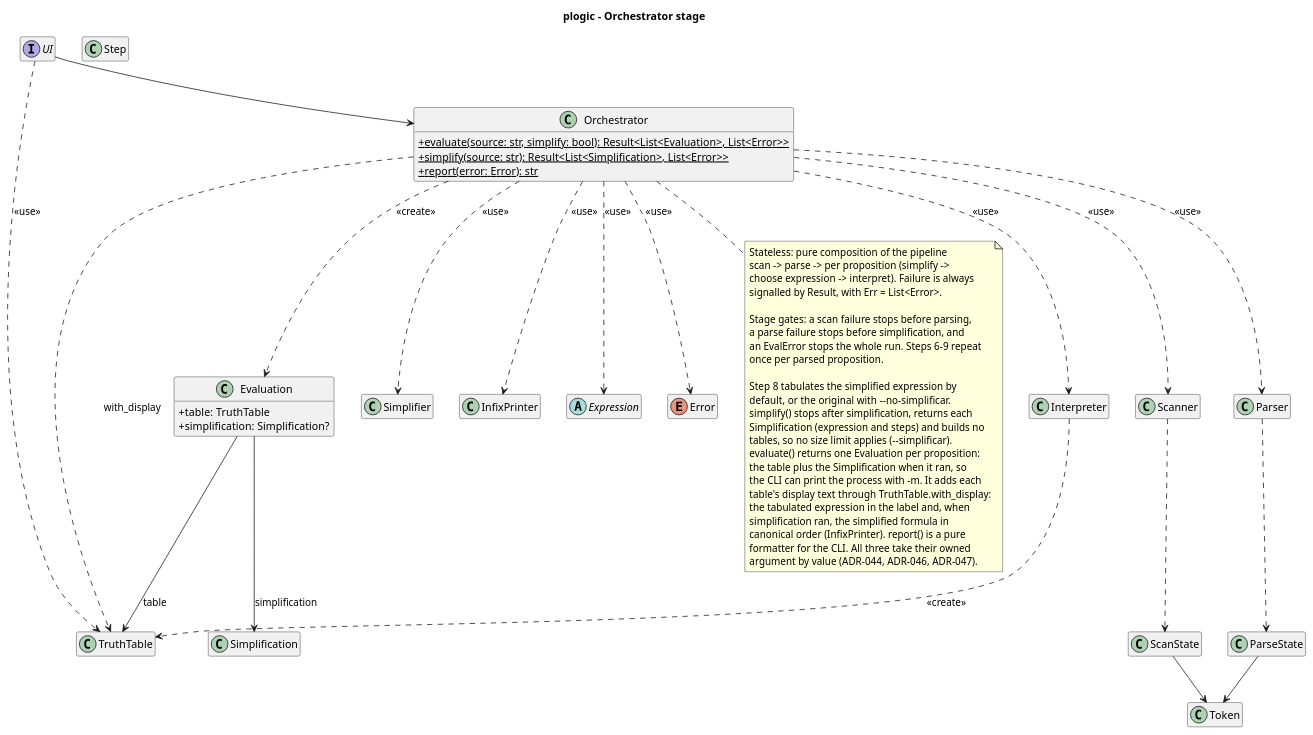
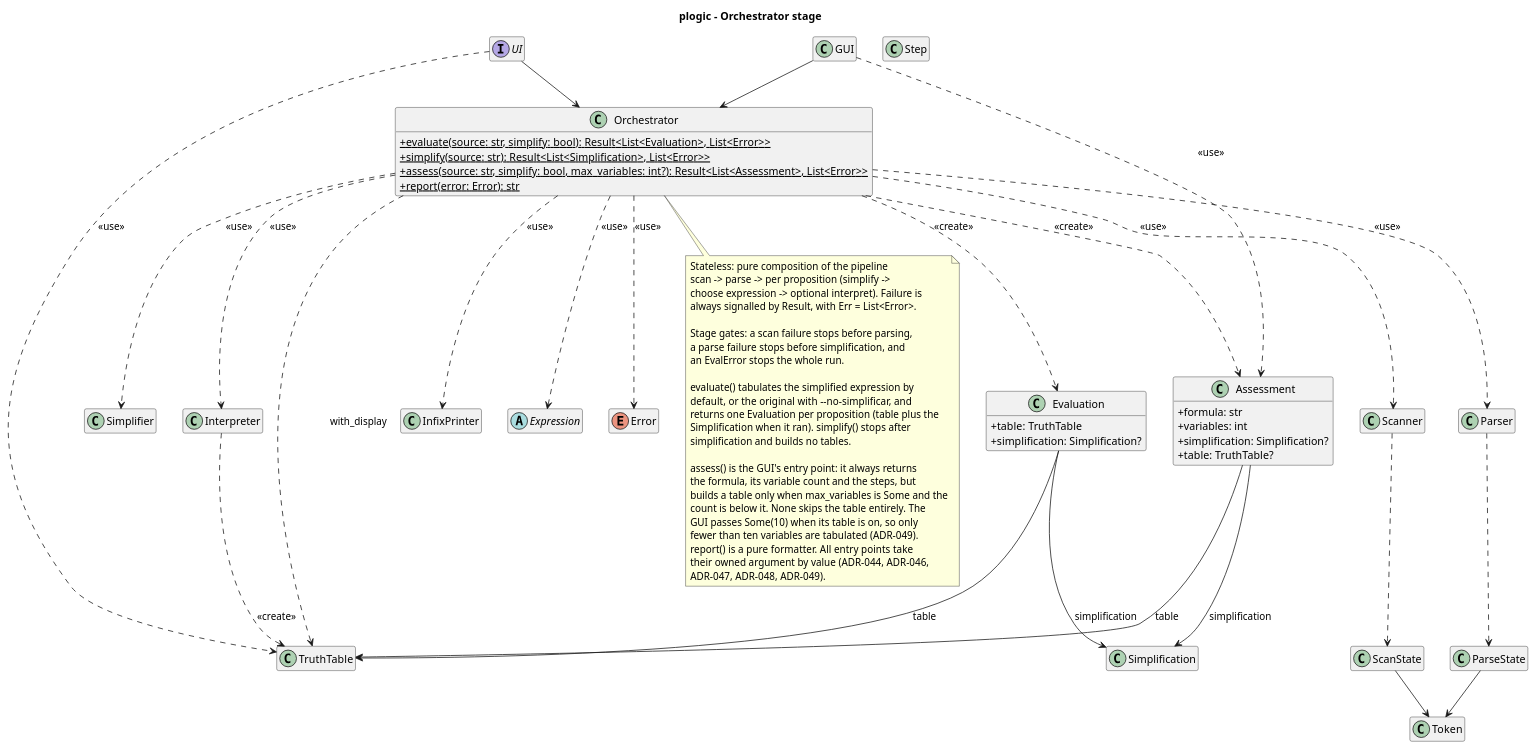
Before and after one commit to Josgtg/plogic: the diagram in design/diagrams/orchestrator_class.puml, drawn with PlantUML. The commit also changed 9 other files, not shown here.

Commit message:
design: refine the GUI layout and table policy

```diff
--- a/design/diagrams/orchestrator_class.puml
+++ b/design/diagrams/orchestrator_class.puml
@@ -1,84 +1,101 @@
 @startuml orchestrator_class
 title plogic - Orchestrator stage
 
 skinparam classAttributeIconSize 0
 hide empty members
 
 interface UI {
 }
 
+class GUI {
+}
+
 class Orchestrator {
   +{static} evaluate(source: str, simplify: bool): Result<List<Evaluation>, List<Error>>
   +{static} simplify(source: str): Result<List<Simplification>, List<Error>>
+  +{static} assess(source: str, simplify: bool, max_variables: int?): Result<List<Assessment>, List<Error>>
   +{static} report(error: Error): str
 }
 
 class Evaluation {
   +table: TruthTable
   +simplification: Simplification?
+}
+
+class Assessment {
+  +formula: str
+  +variables: int
+  +simplification: Simplification?
+  +table: TruthTable?
 }
 
 class Token
 
 class Scanner
 class Parser
 class ScanState
 class ParseState
 class Simplifier
 class Simplification
 class Step
 class Interpreter
 class TruthTable
 class InfixPrinter
 abstract class Expression
 enum Error
 
 note bottom of Orchestrator
   Stateless: pure composition of the pipeline
   scan -> parse -> per proposition (simplify ->
-  choose expression -> interpret). Failure is always
-  signalled by Result, with Err = List<Error>.
+  choose expression -> optional interpret). Failure is
+  always signalled by Result, with Err = List<Error>.
 
   Stage gates: a scan failure stops before parsing,
   a parse failure stops before simplification, and
-  an EvalError stops the whole run. Steps 6-9 repeat
-  once per parsed proposition.
+  an EvalError stops the whole run.
 
-  Step 8 tabulates the simplified expression by
-  default, or the original with --no-simplificar.
-  simplify() stops after simplification, returns each
-  Simplification (expression and steps) and builds no
-  tables, so no size limit applies (--simplificar).
-  evaluate() returns one Evaluation per proposition:
-  the table plus the Simplification when it ran, so
-  the CLI can print the process with -m. It adds each
-  table's display text through TruthTable.with_display:
-  the tabulated expression in the label and, when
-  simplification ran, the simplified formula in
-  canonical order (InfixPrinter). report() is a pure
-  formatter for the CLI. All three take their owned
-  argument by value (ADR-044, ADR-046, ADR-047).
+  evaluate() tabulates the simplified expression by
+  default, or the original with --no-simplificar, and
+  returns one Evaluation per proposition (table plus the
+  Simplification when it ran). simplify() stops after
+  simplification and builds no tables.
+
+  assess() is the GUI's entry point: it always returns
+  the formula, its variable count and the steps, but
+  builds a table only when max_variables is Some and the
+  count is below it. None skips the table entirely. The
+  GUI passes Some(10) when its table is on, so only
+  fewer than ten variables are tabulated (ADR-049).
+  report() is a pure formatter. All entry points take
+  their owned argument by value (ADR-044, ADR-046,
+  ADR-047, ADR-048, ADR-049).
 end note
 
 UI --> Orchestrator
+GUI --> Orchestrator
 
 Orchestrator ..> Scanner : <<use>>
 Orchestrator ..> Parser : <<use>>
 Orchestrator ..> Simplifier : <<use>>
 Orchestrator ..> Interpreter : <<use>>
 Orchestrator ..> TruthTable : with_display
 Orchestrator ..> Evaluation : <<create>>
-Evaluation --> TruthTable : table
-Evaluation --> Simplification : simplification
+Orchestrator ..> Assessment : <<create>>
 Orchestrator ..> InfixPrinter : <<use>>
 Orchestrator ..> Expression : <<use>>
 Orchestrator ..> Error : <<use>>
+
+Evaluation --> TruthTable : table
+Evaluation --> Simplification : simplification
+Assessment --> TruthTable : table
+Assessment --> Simplification : simplification
 
 Scanner ..> ScanState
 Parser ..> ParseState
 ScanState --> Token
 ParseState --> Token
 Interpreter ..> TruthTable : <<create>>
 UI ..> TruthTable : <<use>>
+GUI ..> Assessment : <<use>>
 
 @enduml
```
